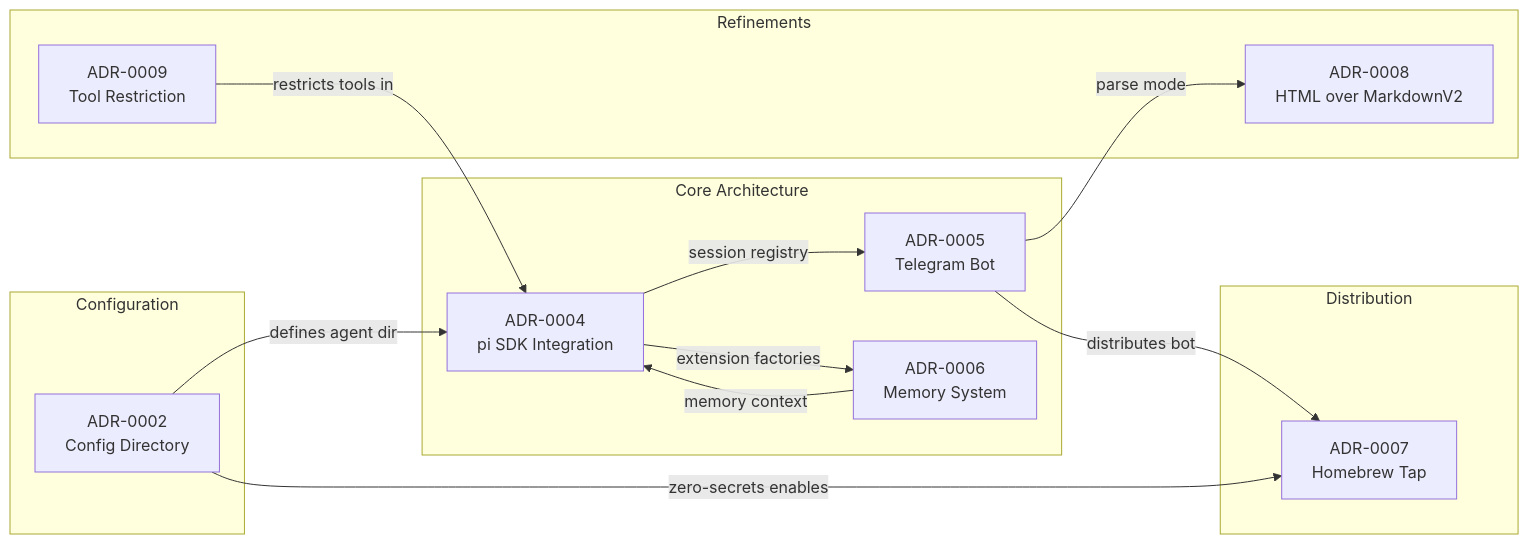
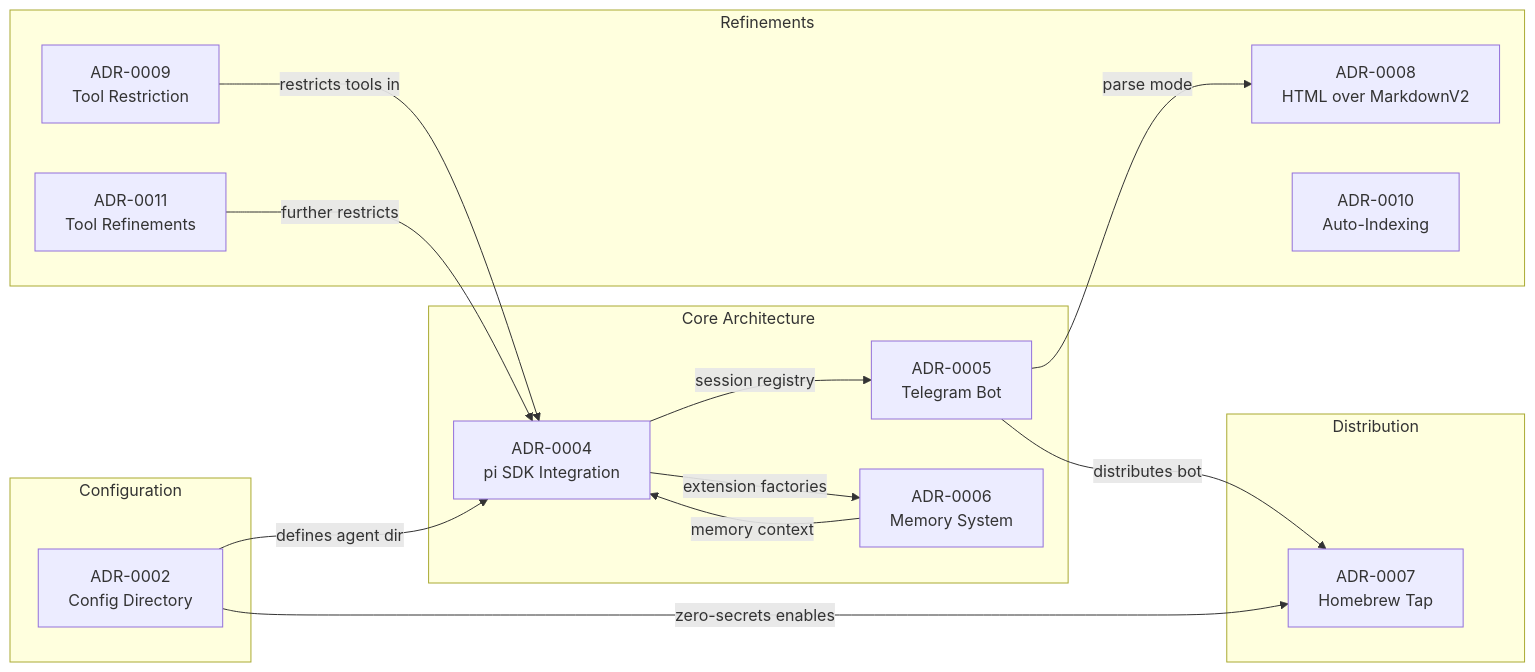
The diagram in docs/explanation/adrs/index.md (faizhasim/tele-kb-bot), drawn with Mermaid before and after one commit. The commit also changed other lines of this file and 22 other files, not shown here.

````diff
--- a/docs/explanation/adrs/index.md
+++ b/docs/explanation/adrs/index.md
@@ -23,30 +25,33 @@
 ```mermaid
 flowchart LR
     subgraph Config["Configuration"]
         A[ADR-0002<br/>Config Directory]
     end
 
     subgraph Core["Core Architecture"]
         B[ADR-0004<br/>pi SDK Integration]
         C[ADR-0005<br/>Telegram Bot]
         D[ADR-0006<br/>Memory System]
     end
 
     subgraph Distribution["Distribution"]
         E[ADR-0007<br/>Homebrew Tap]
     end
 
     subgraph Refinements["Refinements"]
         F[ADR-0008<br/>HTML over MarkdownV2]
         G[ADR-0009<br/>Tool Restriction]
+        H[ADR-0010<br/>Auto-Indexing]
+        I[ADR-0011<br/>Tool Refinements]
     end
 
     A -->|defines agent dir| B
     A -->|zero-secrets enables| E
     B -->|session registry| C
     B -->|extension factories| D
     C -->|parse mode| F
     C -->|distributes bot| E
     D -->|memory context| B
     G -->|restricts tools in| B
+    I -->|further restricts| B
 ```
````
